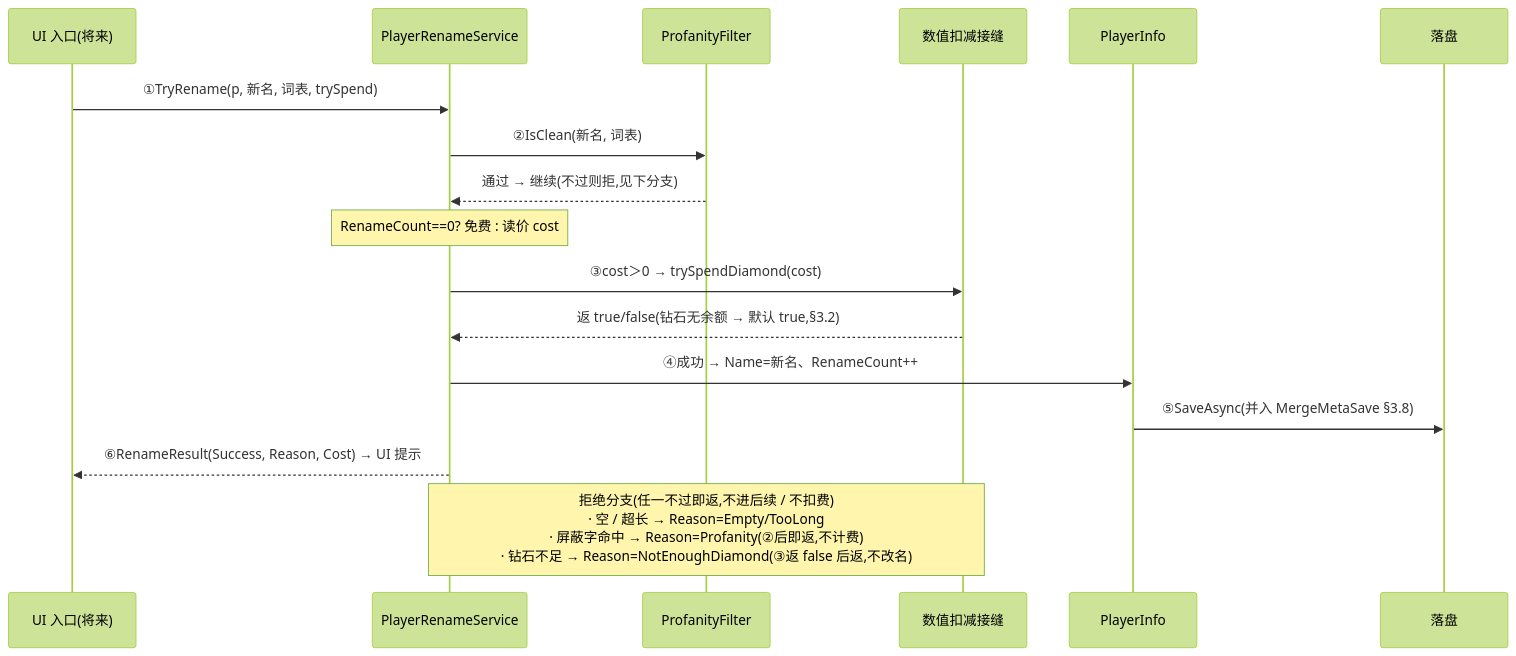
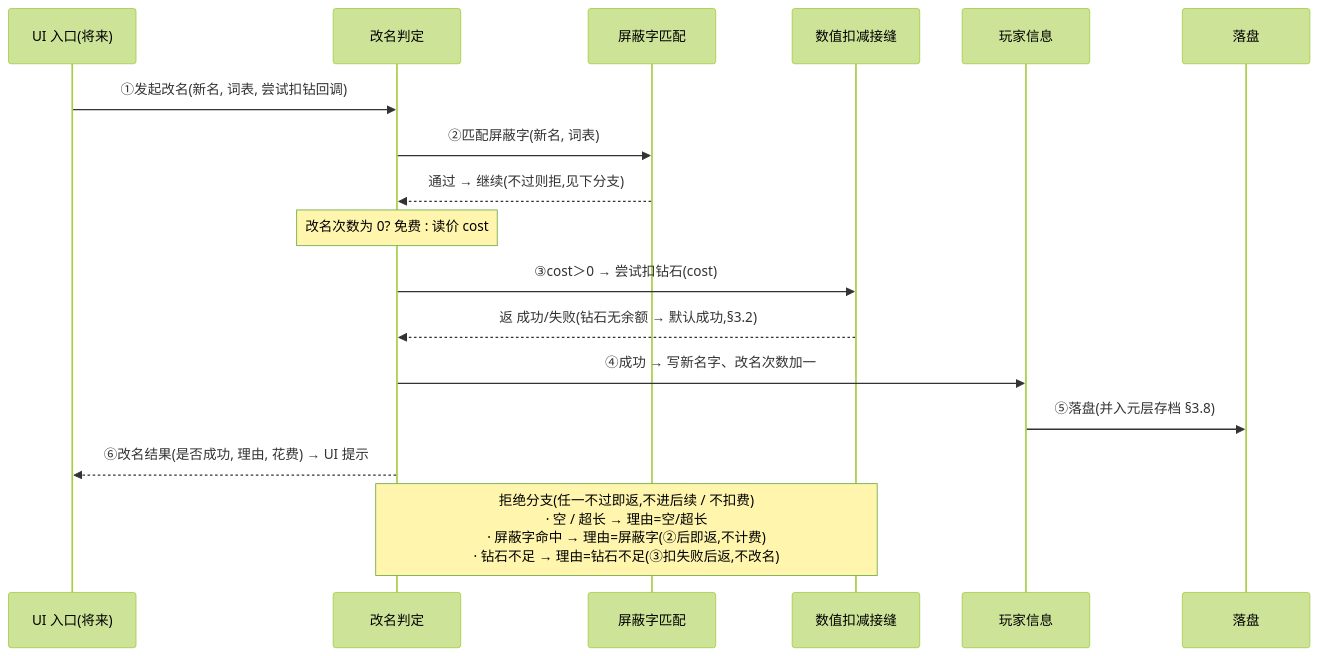
One commit to zhoupeng921101/TEngine_zp changed the second of 2 diagrams in UnityProject/design-docs/18-player-info.md. Above: the diagram before and after it, drawn with Mermaid (forest theme). The commit also changed other lines of this file and 20 other files, not shown here.

````diff
--- a/UnityProject/design-docs/18-player-info.md
+++ b/UnityProject/design-docs/18-player-info.md
@@ -407,19 +301,19 @@
 ```mermaid
 sequenceDiagram
     participant U as UI 入口(将来)
-    participant R as PlayerRenameService
-    participant F as ProfanityFilter
+    participant R as 改名判定
+    participant F as 屏蔽字匹配
     participant N as 数值扣减接缝
-    participant P as PlayerInfo
+    participant P as 玩家信息
     participant S as 落盘
-    U->>R: ①TryRename(p, 新名, 词表, trySpend)
-    R->>F: ②IsClean(新名, 词表)
+    U->>R: ①发起改名(新名, 词表, 尝试扣钻回调)
+    R->>F: ②匹配屏蔽字(新名, 词表)
     F-->>R: 通过 → 继续(不过则拒,见下分支)
-    Note over R: RenameCount==0? 免费 : 读价 cost
-    R->>N: ③cost＞0 → trySpendDiamond(cost)
-    N-->>R: 返 true/false(钻石无余额 → 默认 true,§3.2)
-    R->>P: ④成功 → Name=新名、RenameCount++
-    P->>S: ⑤SaveAsync(并入 MergeMetaSave §3.8)
-    R-->>U: ⑥RenameResult(Success, Reason, Cost) → UI 提示
-    Note over R,N: 拒绝分支(任一不过即返,不进后续 / 不扣费)<br/>· 空 / 超长 → Reason=Empty/TooLong<br/>· 屏蔽字命中 → Reason=Profanity(②后即返,不计费)<br/>· 钻石不足 → Reason=NotEnoughDiamond(③返 false 后返,不改名)
+    Note over R: 改名次数为 0? 免费 : 读价 cost
+    R->>N: ③cost＞0 → 尝试扣钻石(cost)
+    N-->>R: 返 成功/失败(钻石无余额 → 默认成功,§3.2)
+    R->>P: ④成功 → 写新名字、改名次数加一
+    P->>S: ⑤落盘(并入元层存档 §3.8)
+    R-->>U: ⑥改名结果(是否成功, 理由, 花费) → UI 提示
+    Note over R,N: 拒绝分支(任一不过即返,不进后续 / 不扣费)<br/>· 空 / 超长 → 理由=空/超长<br/>· 屏蔽字命中 → 理由=屏蔽字(②后即返,不计费)<br/>· 钻石不足 → 理由=钻石不足(③扣失败后返,不改名)
 ```
````
